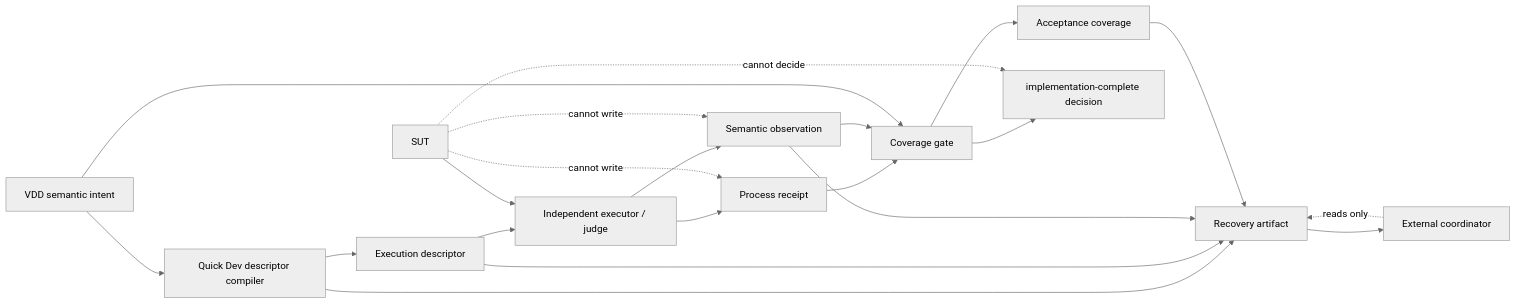
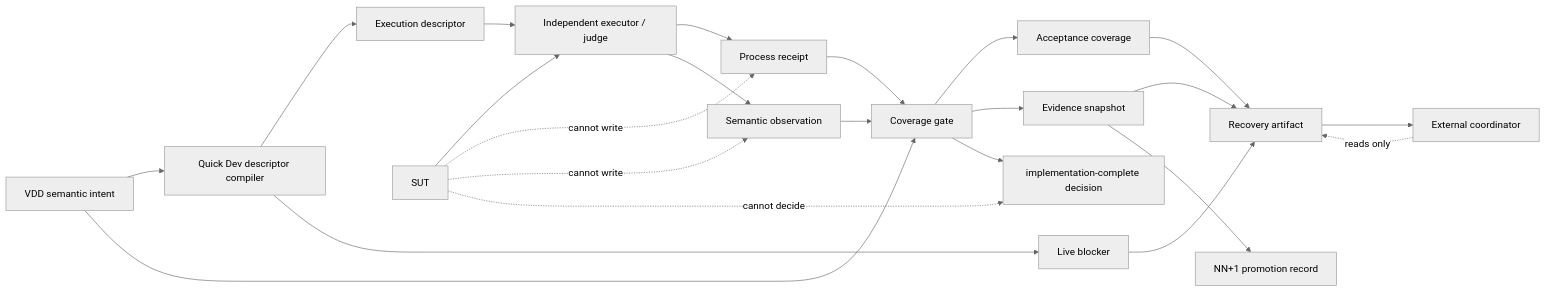
Before and after one commit to skyoxu/ji-mu-yun: the first of 3 diagrams in _bmad-output/planning-artifacts/architecture/architecture-vdd-quick-dev-semantic-oracle-recovery-2026-08-25/ARCHITECTURE-SPINE.md, drawn with Mermaid (neutral theme). The commit also changed other lines of this file and 15 other files, not shown here.

Commit message:
docs: finalize semantic oracle recovery architecture

````diff
--- a/_bmad-output/planning-artifacts/architecture/architecture-vdd-quick-dev-semantic-oracle-recovery-2026-08-25/ARCHITECTURE-SPINE.md
+++ b/_bmad-output/planning-artifacts/architecture/architecture-vdd-quick-dev-semantic-oracle-recovery-2026-08-25/ARCHITECTURE-SPINE.md
@@ -26,23 +26,25 @@
 ```mermaid
 flowchart LR
   VDD[VDD semantic intent] --> QD[Quick Dev descriptor compiler]
   QD --> D[Execution descriptor]
   D --> EJ[Independent executor / judge]
   SUT[SUT] --> EJ
   EJ --> R[Process receipt]
   EJ --> O[Semantic observation]
   R --> CG[Coverage gate]
   O --> CG
   VDD --> CG
   CG --> C[Acceptance coverage]
+  CG --> ES[Evidence snapshot]
   CG --> IC[implementation-complete decision]
-  QD --> RA[Recovery artifact]
-  D --> RA
-  O --> RA
+  QD --> LB[Live blocker]
+  ES --> RA[Recovery artifact]
+  LB --> RA
   C --> RA
   RA --> EC[External coordinator]
+  ES --> PR[NN+1 promotion record]
   SUT -. cannot write .-> R
   SUT -. cannot write .-> O
   SUT -. cannot decide .-> IC
   EC -. reads only .-> RA
 ```
````
